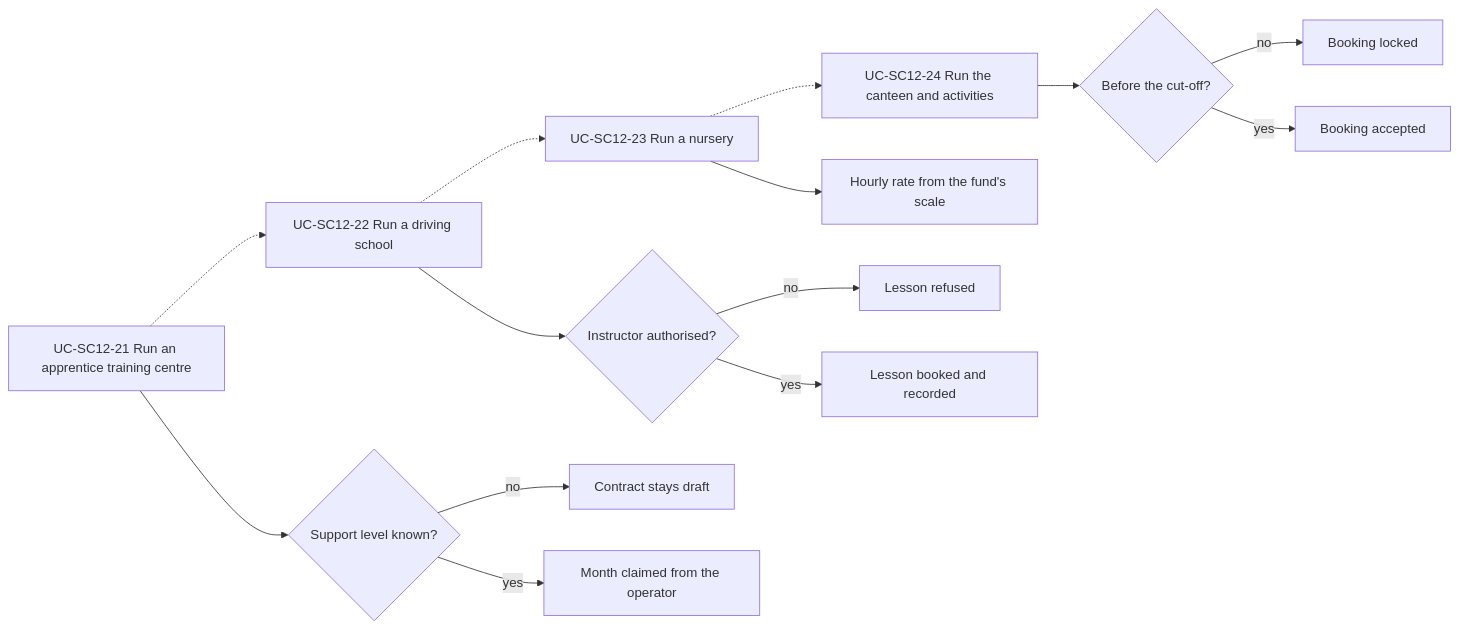
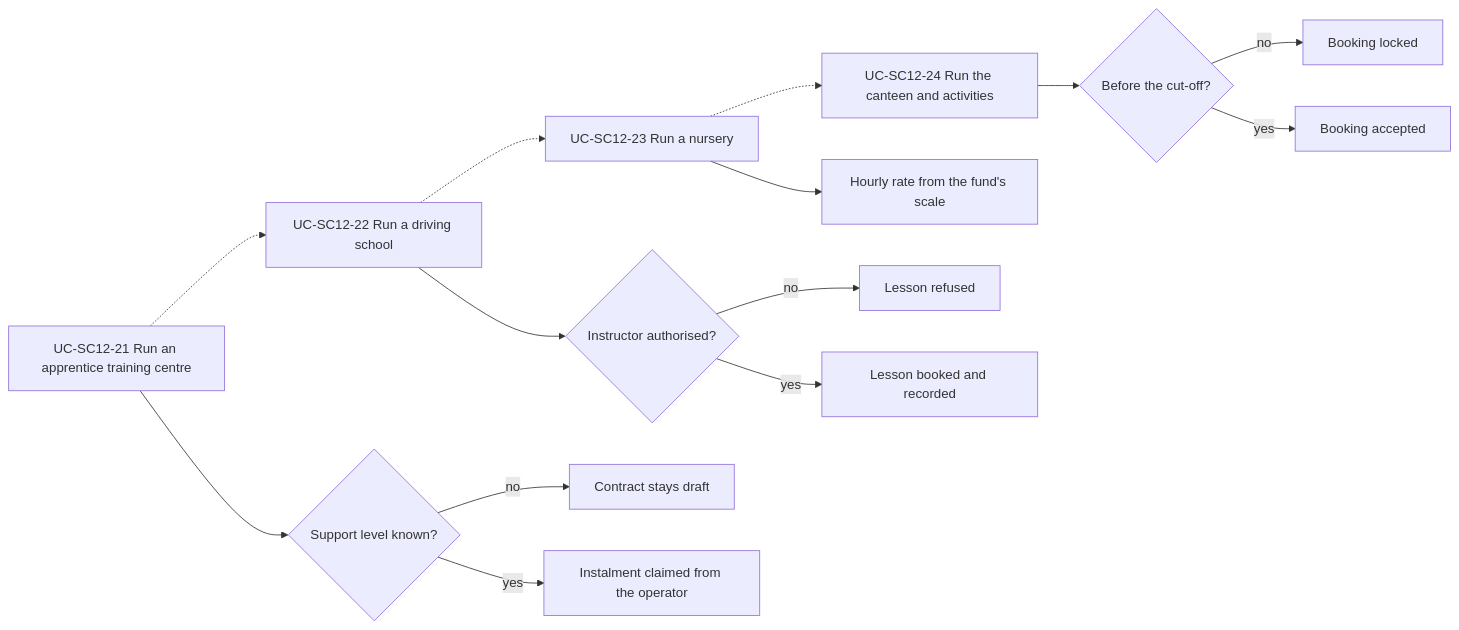
The first of 2 diagrams in docs/specs/08-sectors/sc12-education-and-training/flows/fl-sc12-06-apprentices-driving-nurseries-and-canteens.md (gpbcom/SimpleERP), drawn with Mermaid before and after one commit. The commit also changed other lines of this file and 8816 other files, not shown here.

````diff
--- a/docs/specs/08-sectors/sc12-education-and-training/flows/fl-sc12-06-apprentices-driving-nurseries-and-canteens.md
+++ b/docs/specs/08-sectors/sc12-education-and-training/flows/fl-sc12-06-apprentices-driving-nurseries-and-canteens.md
@@ -25,20 +25,20 @@
 ```mermaid
 flowchart LR
   UCSC1221["UC-SC12-21 Run an apprentice training centre"]
   UCSC1222["UC-SC12-22 Run a driving school"]
   UCSC1223["UC-SC12-23 Run a nursery"]
   UCSC1224["UC-SC12-24 Run the canteen and activities"]
   UCSC1221 -.-> UCSC1222
   UCSC1222 -.-> UCSC1223
   UCSC1223 -.-> UCSC1224
   UCSC1221 --> LV{"Support level known?"}
   LV -- no --> DR["Contract stays draft"]
-  LV -- yes --> CL["Month claimed from the operator"]
+  LV -- yes --> CL["Instalment claimed from the operator"]
   UCSC1222 --> AU{"Instructor authorised?"}
   AU -- no --> RF["Lesson refused"]
   AU -- yes --> LS["Lesson booked and recorded"]
   UCSC1223 --> SC["Hourly rate from the fund's scale"]
   UCSC1224 --> CO{"Before the cut-off?"}
   CO -- no --> LK["Booking locked"]
   CO -- yes --> BK["Booking accepted"]
 ```
````
